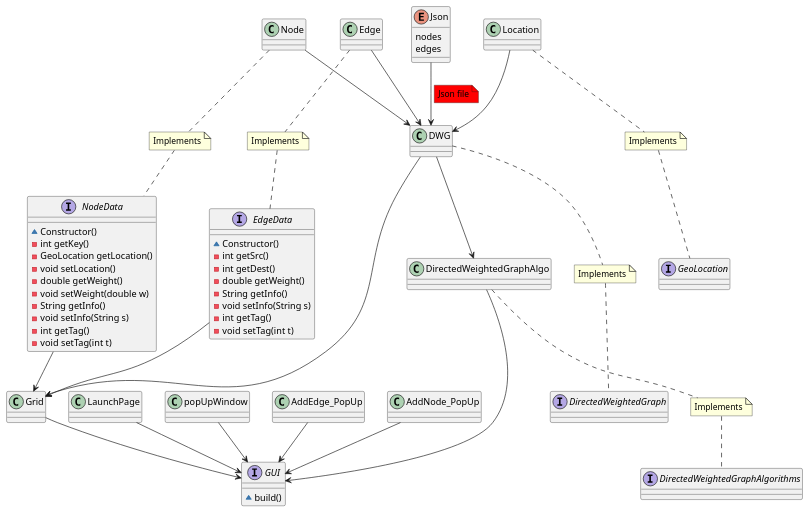
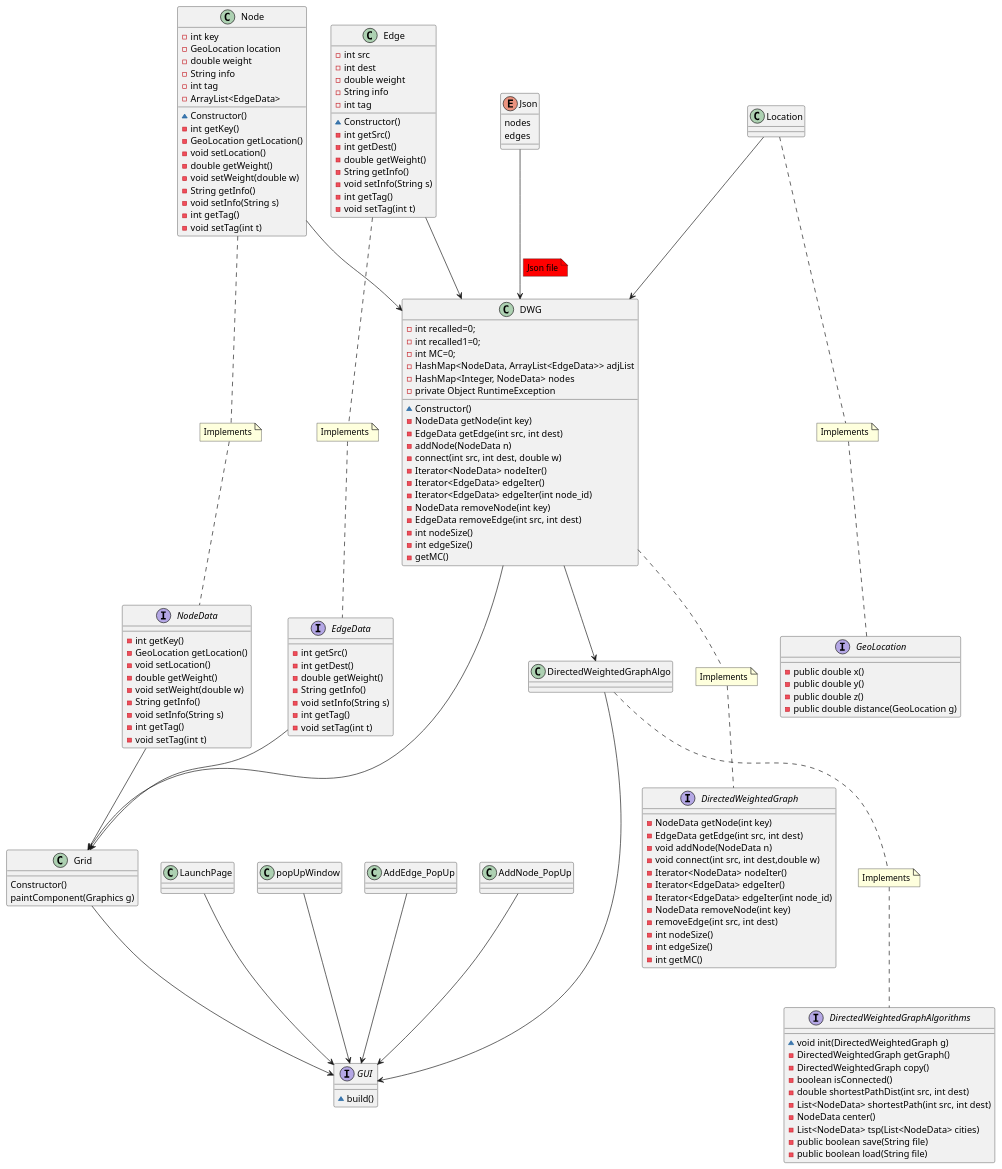
Before and after one commit to BenZeltser/OOP_EX2: the diagram in src/UML.puml, drawn with PlantUML. The commit also changed 1 other file, not shown here.

```diff
--- a/src/UML.puml
+++ b/src/UML.puml
@@ -1,93 +1,175 @@
 @startuml
 'https://plantuml.com/class-diagram
 
 
 interface GUI {
 ~build()
     }
 interface NodeData {
-    ~Constructor()
     -int getKey()
     -GeoLocation getLocation()
     -void setLocation()
     -double getWeight()
     -void setWeight(double w)
     -String getInfo()
     -void setInfo(String s)
     -int getTag()
     -void setTag(int t)
     }
 interface EdgeData {
-    ~Constructor()
     -int getSrc()
     -int getDest()
     -double getWeight()
     -String getInfo()
     -void setInfo(String s)
     -int getTag()
     -void setTag(int t)
     }
 interface DirectedWeightedGraph {
+    -NodeData getNode(int key)
+    -EdgeData getEdge(int src, int dest)
+    -void addNode(NodeData n)
+    -void connect(int src, int dest,double w)
+    -Iterator<NodeData> nodeIter()
+    -Iterator<EdgeData> edgeIter()
+    -Iterator<EdgeData> edgeIter(int node_id)
+    -NodeData removeNode(int key)
+    -removeEdge(int src, int dest)
+    -int nodeSize()
+    -int edgeSize()
+    -int getMC()
+    }
+interface DirectedWeightedGraphAlgorithms {
+    ~void init(DirectedWeightedGraph g)
+    -DirectedWeightedGraph getGraph()
+    -DirectedWeightedGraph copy()
+    -boolean isConnected()
+    -double shortestPathDist(int src, int dest)
+    -List<NodeData> shortestPath(int src, int dest)
+    -NodeData center()
+    -List<NodeData> tsp(List<NodeData> cities)
+    -public boolean save(String file)
+    -public boolean load(String file)
 
     }
-interface DirectedWeightedGraphAlgorithms {}
-interface GeoLocation {}
+interface GeoLocation {
+        -public double x()
+        -public double y()
+        -public double z()
+        -public double distance(GeoLocation g)
+    }
 
 enum Json {
     nodes
     edges
 }
 
 
+class DWG {
+    -int recalled=0;
+    -int recalled1=0;
+    -int MC=0;
+    -HashMap<NodeData, ArrayList<EdgeData>> adjList
+    -HashMap<Integer, NodeData> nodes
+    -private Object RuntimeException
 
-class DWG {}
-class Edge {}
-class Node {}
-class Grid {}
+    ~Constructor()
+    -NodeData getNode(int key)
+    -EdgeData getEdge(int src, int dest)
+    -addNode(NodeData n)
+    -connect(int src, int dest, double w)
+    -Iterator<NodeData> nodeIter()
+    -Iterator<EdgeData> edgeIter()
+    -Iterator<EdgeData> edgeIter(int node_id)
+    -NodeData removeNode(int key)
+    -EdgeData removeEdge(int src, int dest)
+    -int nodeSize()
+    -int edgeSize()
+    -getMC()
+    }
+class Edge {
+        -int src
+        -int dest
+        -double weight
+        -String info
+        -int tag
+
+            ~Constructor()
+            -int getSrc()
+            -int getDest()
+            -double getWeight()
+            -String getInfo()
+            -void setInfo(String s)
+            -int getTag()
+            -void setTag(int t)
+    }
+class Node {
+        - int key
+        - GeoLocation location
+        - double weight
+        - String info
+        - int tag
+        - ArrayList<EdgeData>
+
+            ~Constructor()
+            -int getKey()
+            -GeoLocation getLocation()
+            -void setLocation()
+            -double getWeight()
+            -void setWeight(double w)
+            -String getInfo()
+            -void setInfo(String s)
+            -int getTag()
+            -void setTag(int t)
+    }
+class Grid {
+    Constructor()
+    paintComponent(Graphics g)
+    }
 class LaunchPage {}
 class Location {}
 class popUpWindow {}
 class AddEdge_PopUp {}
 class AddNode_PopUp {}
 
 note "Implements" as N1
 note "Implements" as N2
 note "Implements" as N3
 note "Implements" as N4
 note "Implements" as N5
 
 DWG .. N1
 Edge .. N2
 Node .. N3
 Location .. N4
 DirectedWeightedGraphAlgo .. N5
 
 N1 .. DirectedWeightedGraph
 N2 .. EdgeData
 N3 .. NodeData
 N4 .. GeoLocation
 N5 .. DirectedWeightedGraphAlgorithms
 
 Json --> DWG
 note on link #red: Json file
 Node --> DWG
 Edge --> DWG
 Location --> DWG
 
 
 DWG --> DirectedWeightedGraphAlgo
 EdgeData --> Grid
 NodeData --> Grid
 DWG --> Grid
 
 Grid --> GUI
 AddEdge_PopUp --> GUI
 AddNode_PopUp --> GUI
 popUpWindow --> GUI
 DirectedWeightedGraphAlgo --> GUI
 LaunchPage --> GUI
 
 
 
 
 @enduml
```
